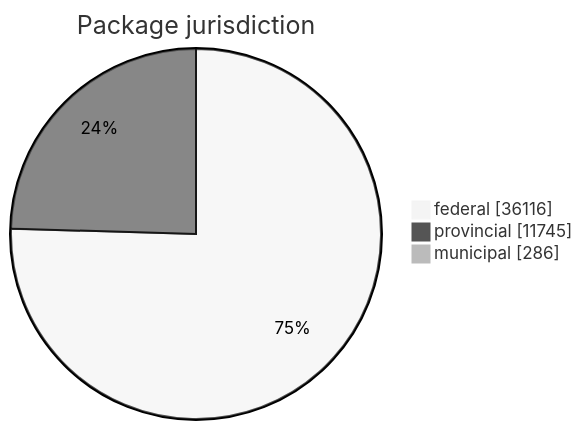
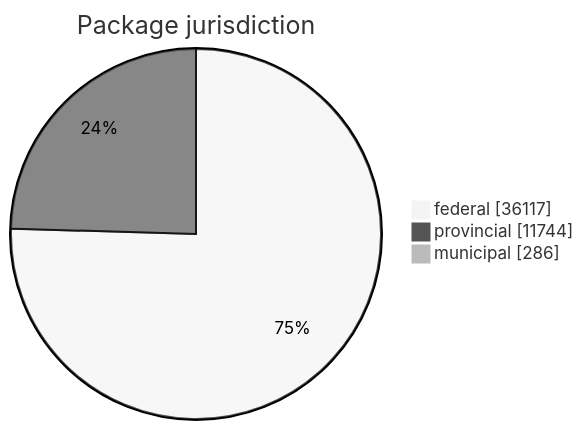
One commit to open-data/analytics-corporate-reporting changed the first of 5 diagrams in FreshCheck/README.md. Above: the diagram before and after it, drawn with Mermaid (neutral theme). The commit also changed other lines of this file and 3 other files, not shown here.

````diff
--- a/FreshCheck/README.md
+++ b/FreshCheck/README.md
@@ -60,6 +60,6 @@
 ```mermaid
 pie showData title Package jurisdiction
-    "federal": 36116
-    "provincial": 11745
+    "federal": 36117
+    "provincial": 11744
     "municipal": 286
 ```
````
